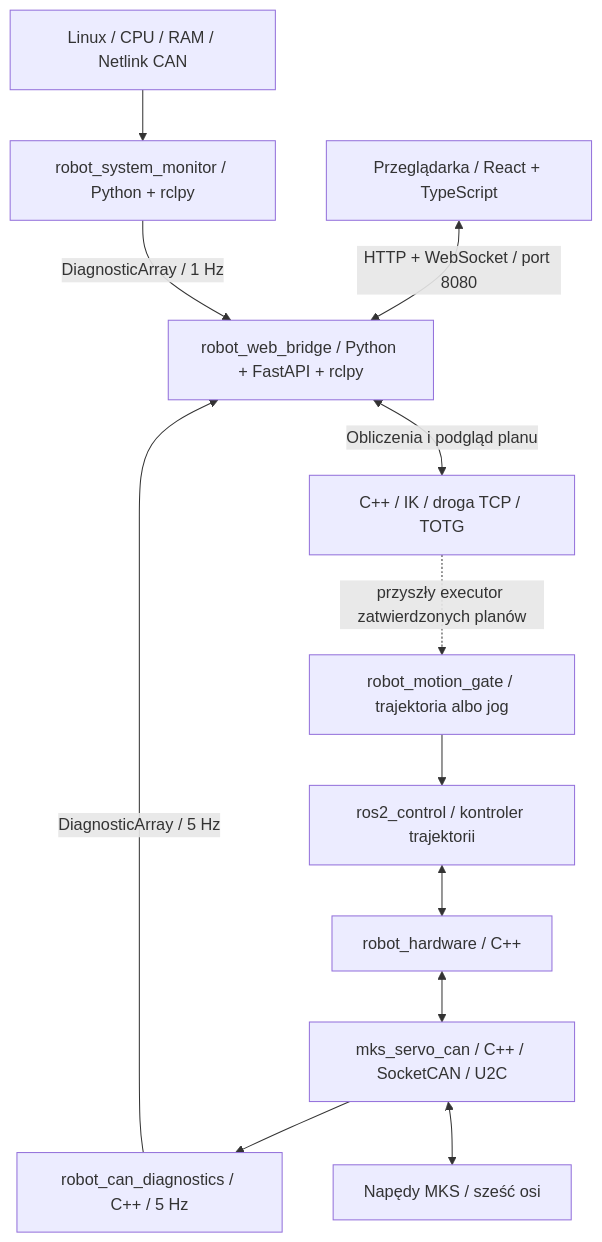
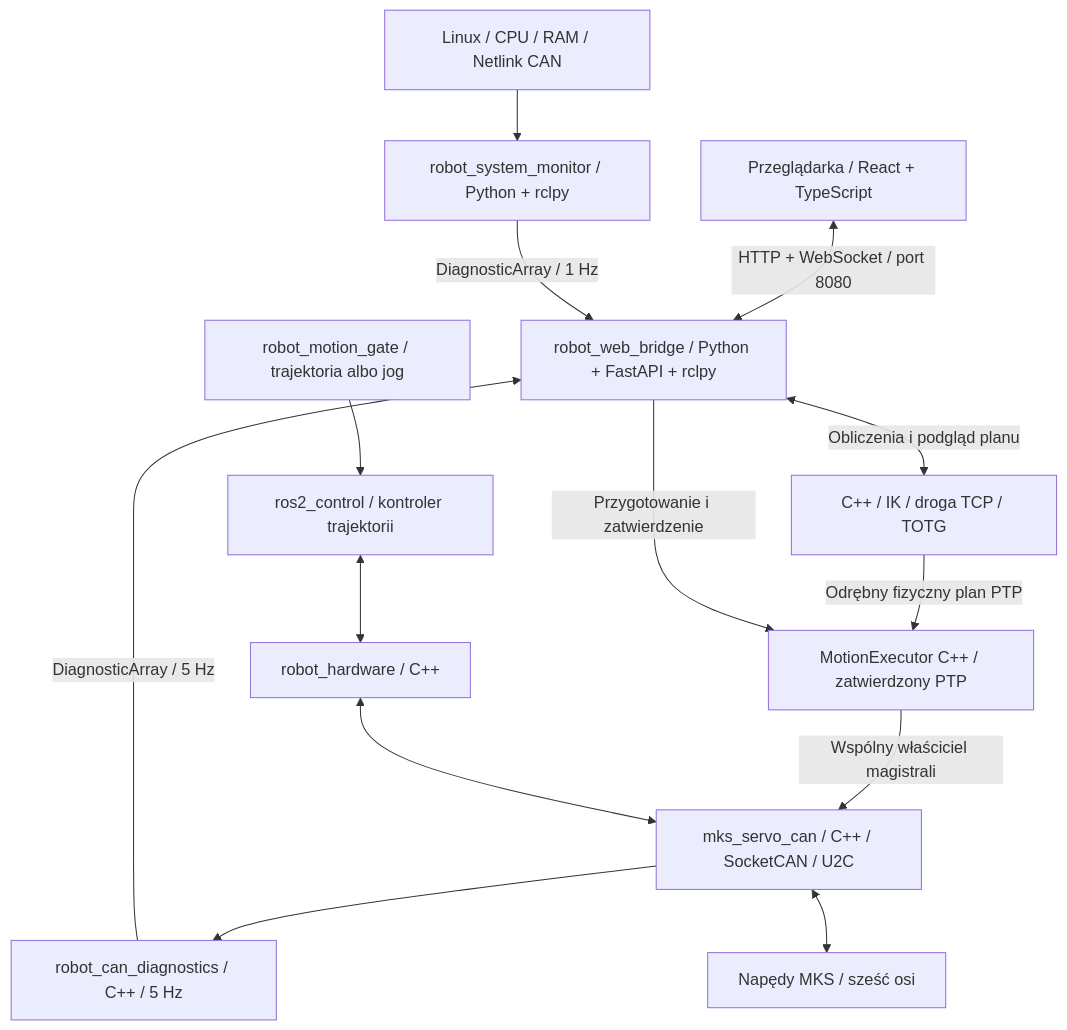
Before and after one commit to Majster1234/MAGNIUS: the diagram in docs/architecture.md, drawn with Mermaid. The commit also changed other lines of this file and 79 other files, not shown here.

````diff
--- a/docs/architecture.md
+++ b/docs/architecture.md
@@ -28,25 +28,28 @@
 ```mermaid
 flowchart TD
     UI[Przeglądarka / React + TypeScript]
     API[robot_web_bridge / Python + FastAPI + rclpy]
     MON[robot_system_monitor / Python + rclpy]
     LINUX[Linux / CPU / RAM / Netlink CAN]
     MOVE[C++ / IK / droga TCP / TOTG]
+    EXEC[MotionExecutor C++ / zatwierdzony PTP]
     GATE[robot_motion_gate / trajektoria albo jog]
     CTRL[ros2_control / kontroler trajektorii]
     HW[robot_hardware / C++]
     DIAG[robot_can_diagnostics / C++ / 5 Hz]
     CAN[mks_servo_can / C++ / SocketCAN / U2C]
     DRIVES[Napędy MKS / sześć osi]
     UI <-->|HTTP + WebSocket / port 8080| API
     LINUX --> MON
     MON -->|DiagnosticArray / 1 Hz| API
     CAN --> DIAG
     DIAG -->|DiagnosticArray / 5 Hz| API
     API <-->|Obliczenia i podgląd planu| MOVE
-    MOVE -. przyszły executor zatwierdzonych planów .-> GATE
+    MOVE -->|Odrębny fizyczny plan PTP| EXEC
+    API -->|Przygotowanie i zatwierdzenie| EXEC
+    EXEC -->|Wspólny właściciel magistrali| CAN
     GATE --> CTRL
     CTRL <--> HW
     HW <--> CAN
     CAN <--> DRIVES
 ```
````
